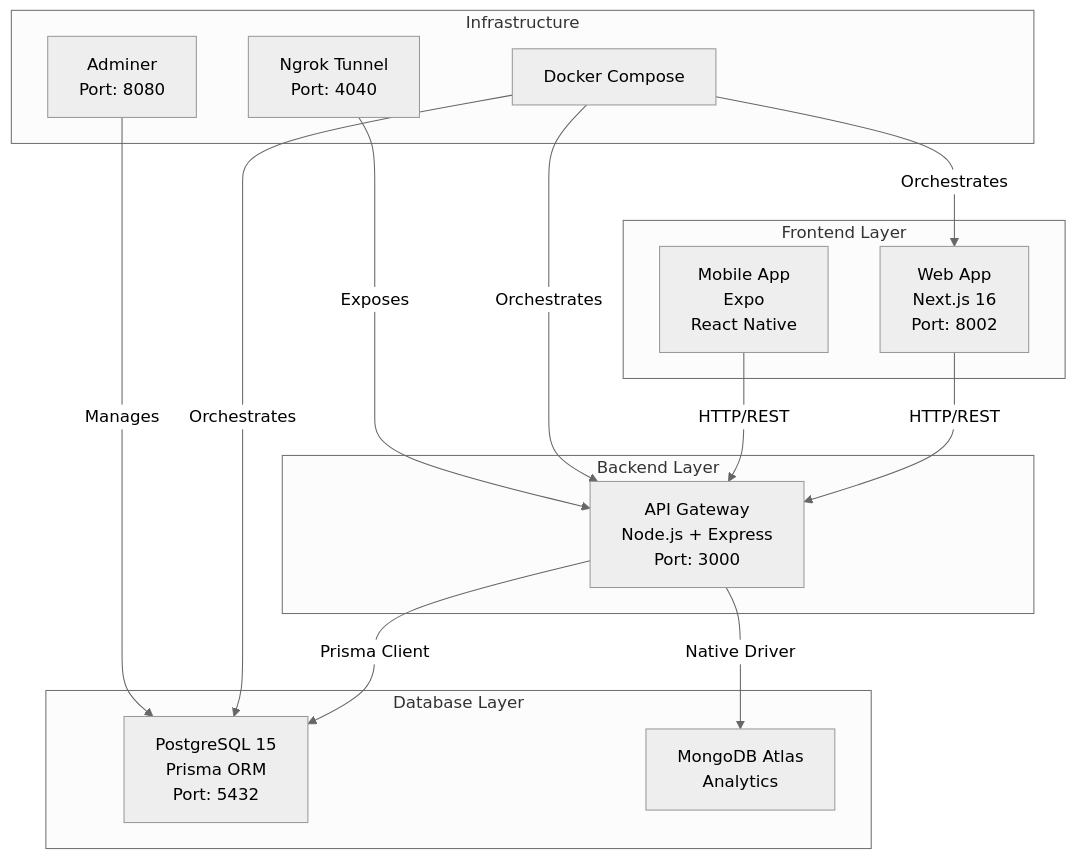
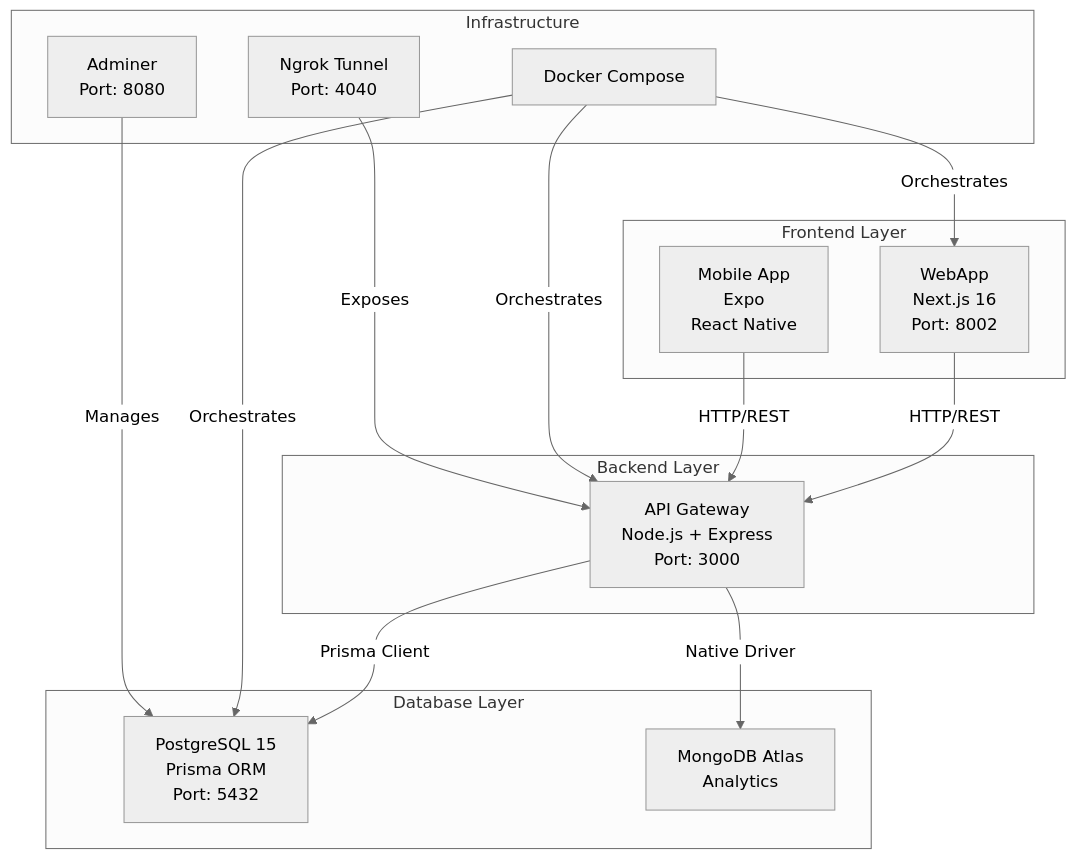
One commit to inspedralbes/tr2-reptes-tr2-g2 changed the first of 7 diagrams in doc/diagrams/README.md. Above: the diagram before and after it, drawn with Mermaid (neutral theme). The commit also changed other lines of this file and 3 other files, not shown here.

Commit message:
feat: Update documentation to reflect changes in AI features, including prompts, file inventory, walkthrough, and system diagrams

````diff
--- a/doc/diagrams/README.md
+++ b/doc/diagrams/README.md
@@ -6,32 +6,32 @@
 ```mermaid
 graph TB
     subgraph "Frontend Layer"
-        WEB["Web App<br/>Next.js 16<br/>Port: 8002"]
+        WEB["WebApp<br/>Next.js 16<br/>Port: 8002"]
         MOBILE["Mobile App<br/>Expo<br/>React Native"]
     end
     
     subgraph "Backend Layer"
         API["API Gateway<br/>Node.js + Express<br/>Port: 3000"]
     end
     
     subgraph "Database Layer"
         POSTGRES["PostgreSQL 15<br/>Prisma ORM<br/>Port: 5432"]
         MONGODB["MongoDB Atlas<br/>Analytics"]
     end
     
     subgraph "Infrastructure"
         DOCKER["Docker Compose"]
         ADMINER["Adminer<br/>Port: 8080"]
         NGROK["Ngrok Tunnel<br/>Port: 4040"]
     end
     
     WEB -->|"HTTP/REST"| API
     MOBILE -->|"HTTP/REST"| API
     API -->|"Prisma Client"| POSTGRES
     API -->|"Native Driver"| MONGODB
     DOCKER -->|"Orchestrates"| WEB
     DOCKER -->|"Orchestrates"| API
     DOCKER -->|"Orchestrates"| POSTGRES
     ADMINER -->|"Manages"| POSTGRES
     NGROK -->|"Exposes"| API
 ```
````
